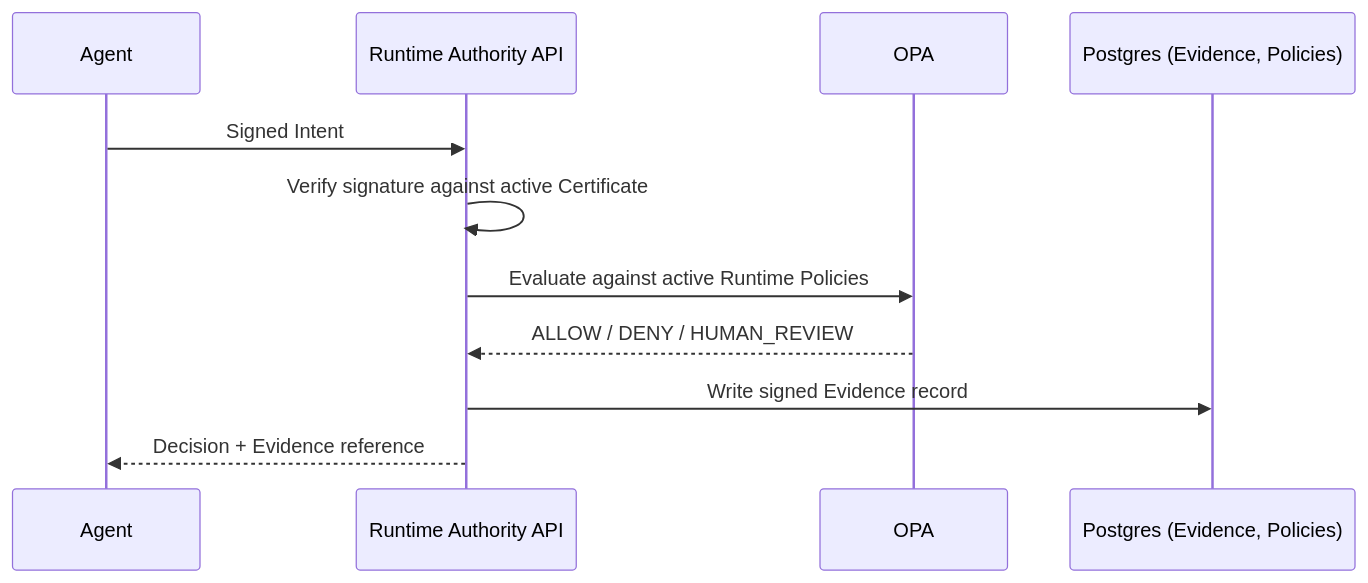
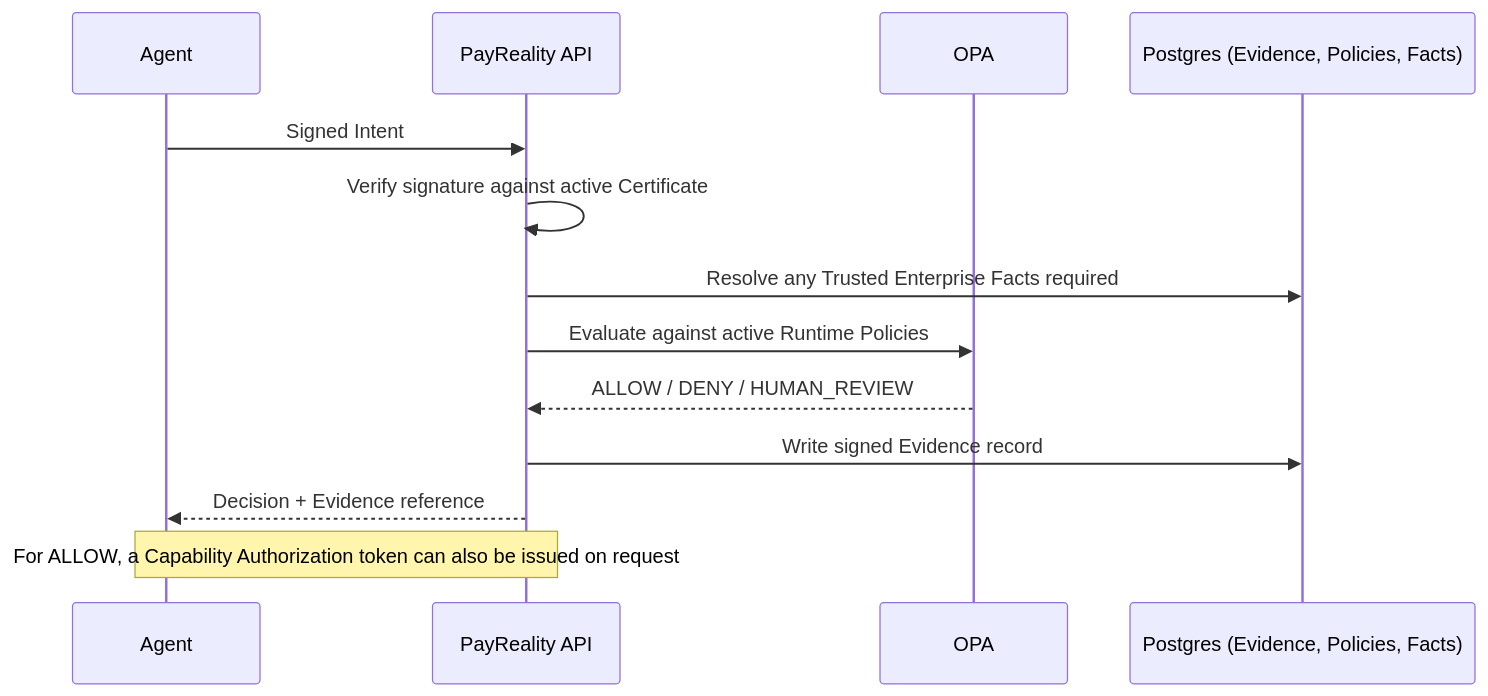
Before and after one commit to PayReality/PayReality: the first of 2 diagrams in SALES_ENABLEMENT_PACK.md, drawn with Mermaid. The commit also changed other lines of this file and 17 other files, not shown here.

````diff
--- a/SALES_ENABLEMENT_PACK.md
+++ b/SALES_ENABLEMENT_PACK.md
@@ -70,13 +100,15 @@
 ```mermaid
 sequenceDiagram
     participant Agent
-    participant API as Runtime Authority API
+    participant API as PayReality API
     participant OPA
-    participant DB as Postgres (Evidence, Policies)
+    participant DB as Postgres (Evidence, Policies, Facts)
     Agent->>API: Signed Intent
     API->>API: Verify signature against active Certificate
+    API->>DB: Resolve any Trusted Enterprise Facts required
     API->>OPA: Evaluate against active Runtime Policies
     OPA-->>API: ALLOW / DENY / HUMAN_REVIEW
     API->>DB: Write signed Evidence record
     API-->>Agent: Decision + Evidence reference
+    Note over API,Agent: For ALLOW, a Capability Authorization token can also be issued on request
 ```
````
